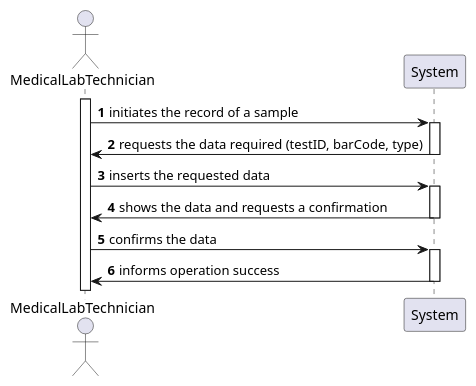
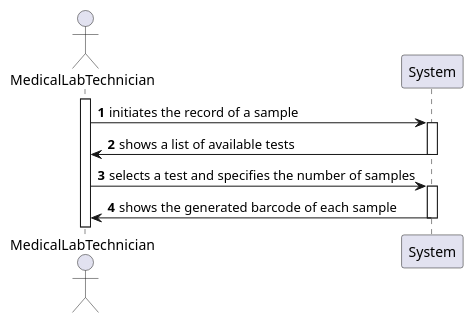
The diagram in docs/SprintC/US5/US5-SSD.puml (jsmarques98/LAPR2-ISEP), drawn with PlantUML before and after one commit. The commit also changed 7 other files, not shown here.

```diff
--- a/docs/SprintC/US5/US5-SSD.puml
+++ b/docs/SprintC/US5/US5-SSD.puml
@@ -1,28 +1,21 @@
 @startuml
 autonumber
 
 actor "MedicalLabTechnician" as MLT
 participant "System" as SYS
 
 activate MLT
 
-
 MLT -> SYS : initiates the record of a sample
 activate SYS
 
-SYS -> MLT : requests the data required (testID, barCode, type)
+SYS -> MLT : shows a list of available tests
 deactivate SYS
 
-MLT -> SYS : inserts the requested data
+MLT -> SYS : selects a test and specifies the number of samples
 activate SYS
 
-SYS -> MLT : shows the data and requests a confirmation
-deactivate SYS
-
-MLT -> SYS : confirms the data
-activate SYS
-SYS -> MLT : informs operation success
-
+SYS -> MLT : shows the generated barcode of each sample
 deactivate SYS
 
 @enduml
```
